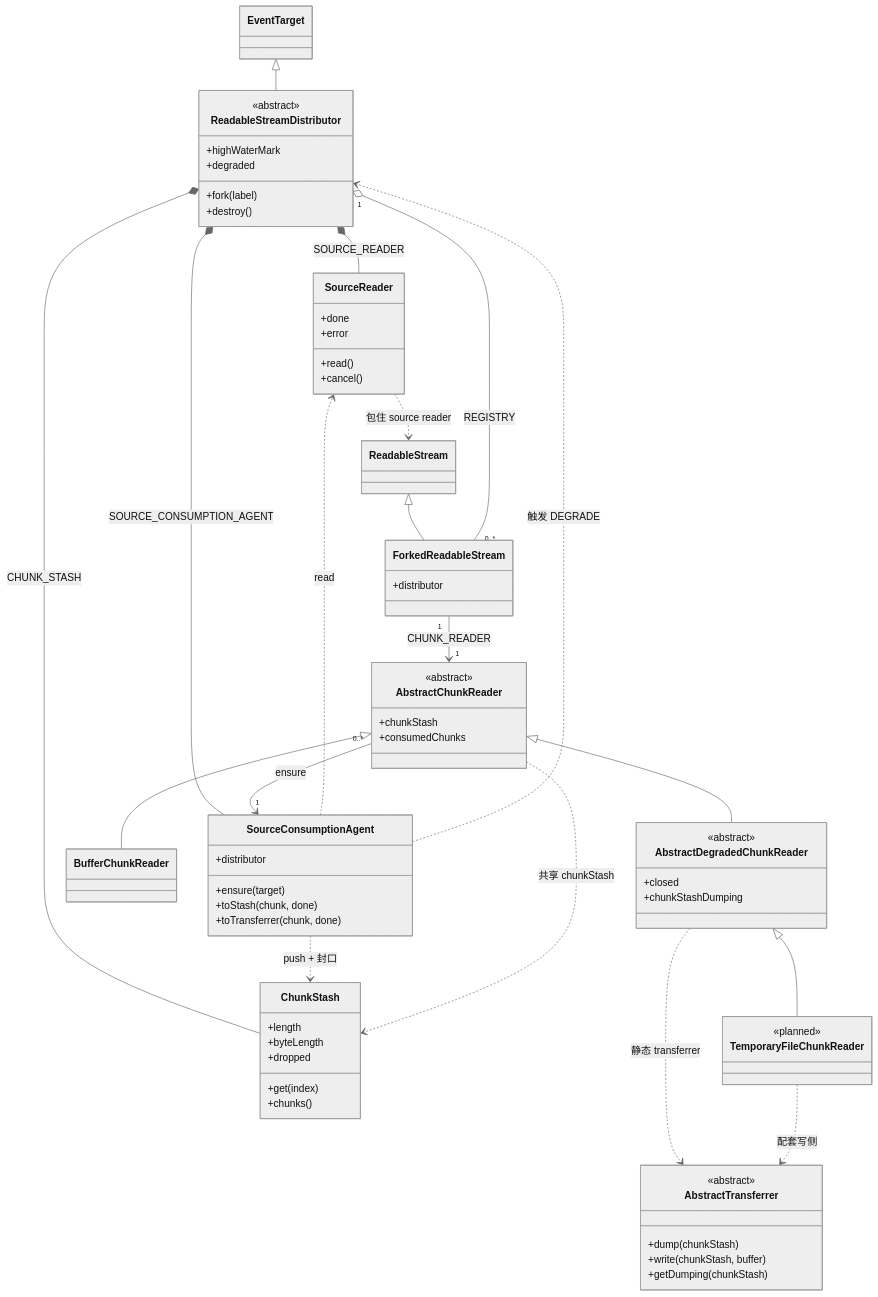
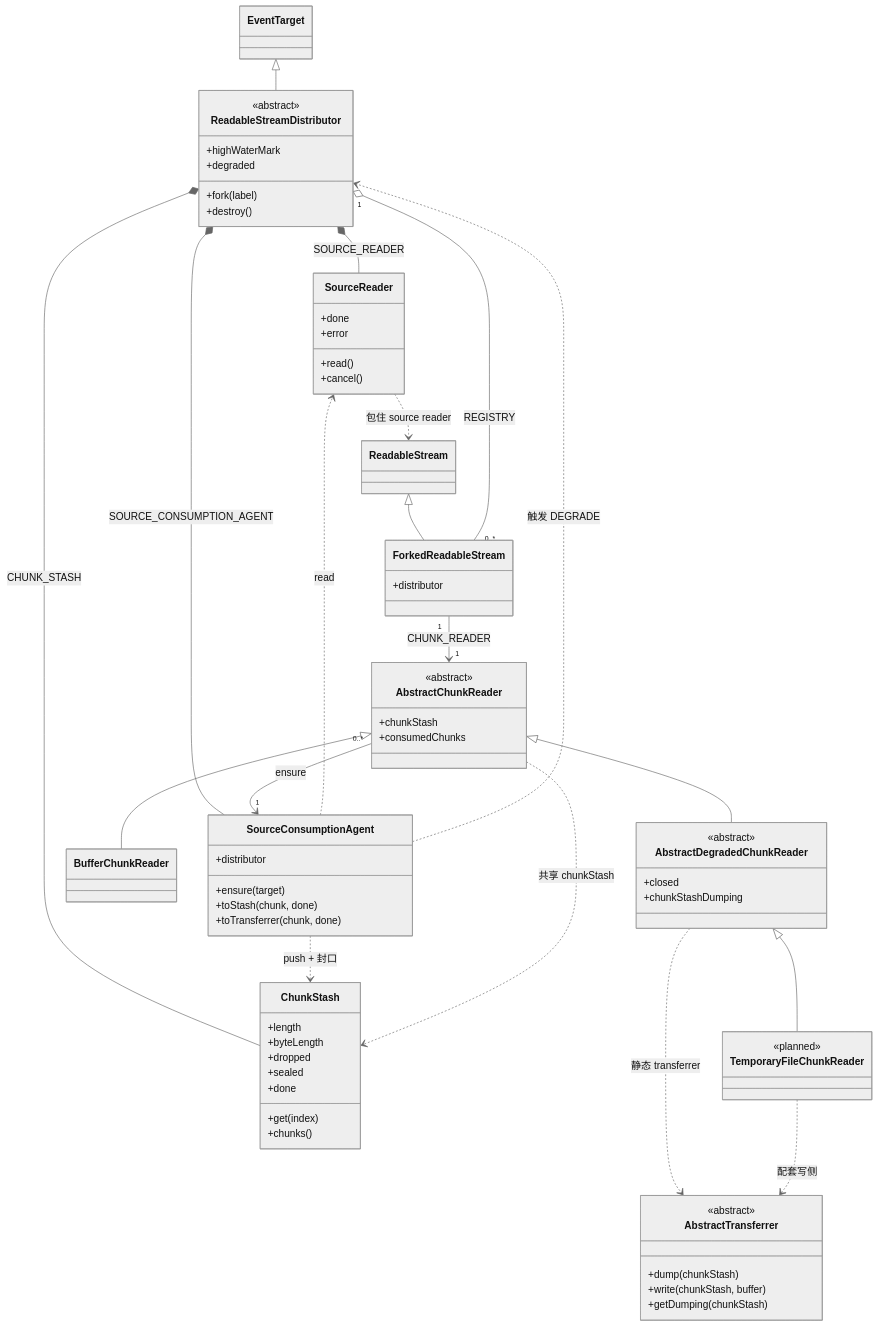
One commit to produck/node-readable-stream-distributor changed the second of 6 diagrams in DESIGN.md. Above: the diagram before and after it, drawn with Mermaid (neutral theme). The commit also changed other lines of this file and 7 other files, not shown here.

```diff
--- a/DESIGN.md
+++ b/DESIGN.md
@@ -140,6 +140,8 @@
         +length
         +byteLength
         +dropped
+        +sealed
+        +done
         +get(index)
         +chunks()
     }
```
